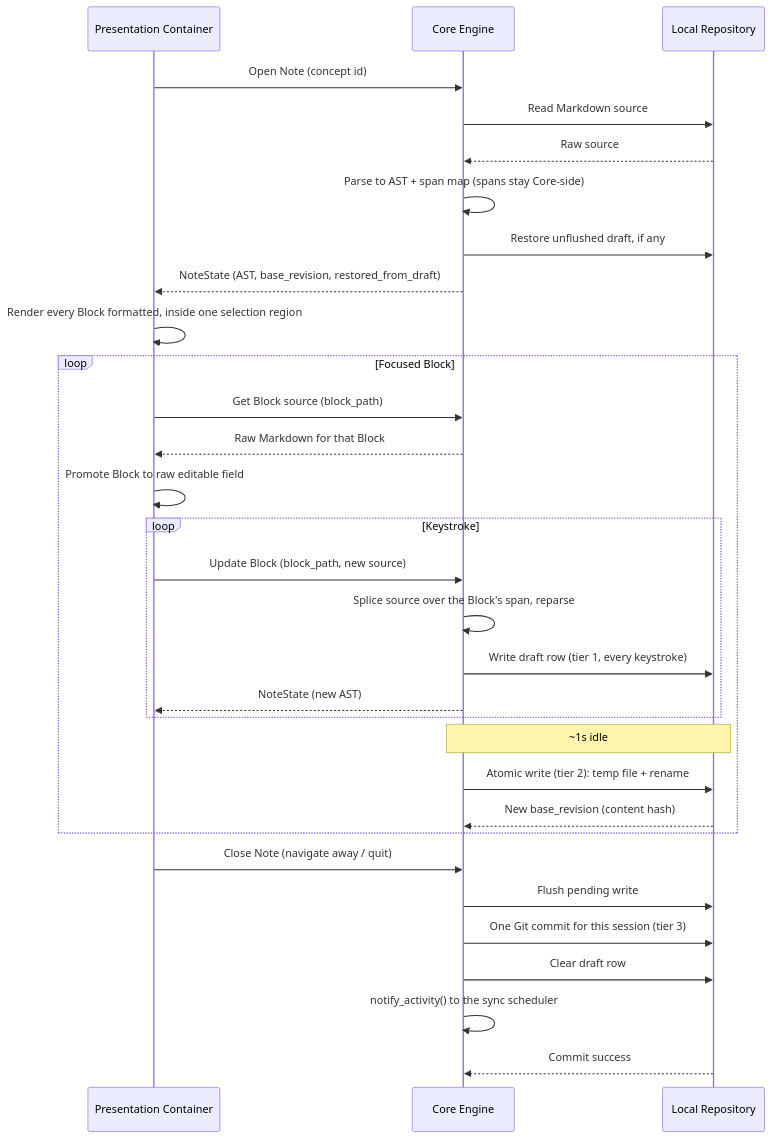
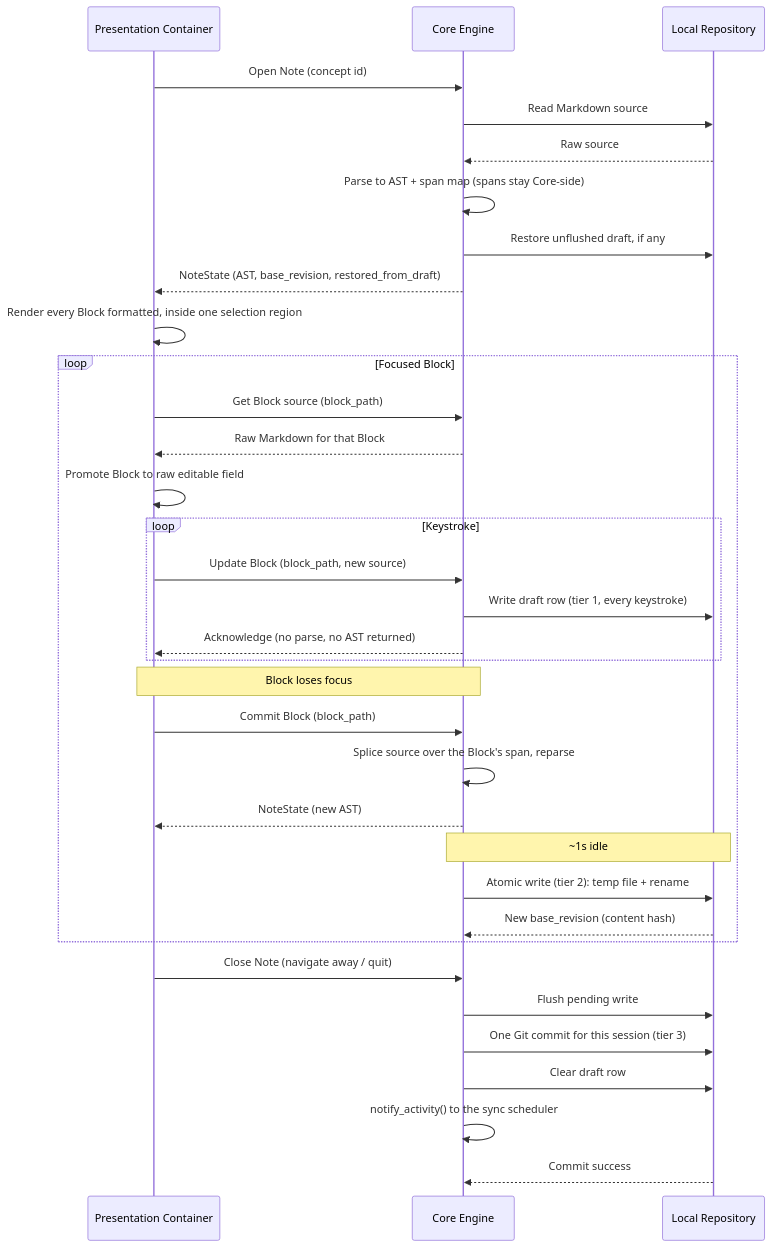
The diagram in .constitution/architecture/flows/flow-edit-note.md (SkrOYC/burlmd), drawn with Mermaid before and after one commit. The commit also changed other lines of this file and 15 other files, not shown here.

First line of the commit message:
Fix review round 1: schema keys, reparse contradiction, scope holes

````diff
--- a/.constitution/architecture/flows/flow-edit-note.md
+++ b/.constitution/architecture/flows/flow-edit-note.md
@@ -5,39 +5,43 @@
 ```mermaid
 sequenceDiagram
     participant UI as Presentation Container
     participant Core as Core Engine
     participant Local as Local Repository
 
     UI->>Core: Open Note (concept id)
     Core->>Local: Read Markdown source
     Local-->>Core: Raw source
     Core->>Core: Parse to AST + span map (spans stay Core-side)
     Core->>Local: Restore unflushed draft, if any
     Core-->>UI: NoteState (AST, base_revision, restored_from_draft)
 
     UI->>UI: Render every Block formatted, inside one selection region
 
     loop Focused Block
         UI->>Core: Get Block source (block_path)
         Core-->>UI: Raw Markdown for that Block
         UI->>UI: Promote Block to raw editable field
 
         loop Keystroke
             UI->>Core: Update Block (block_path, new source)
-            Core->>Core: Splice source over the Block's span, reparse
             Core->>Local: Write draft row (tier 1, every keystroke)
-            Core-->>UI: NoteState (new AST)
+            Core-->>UI: Acknowledge (no parse, no AST returned)
         end
+
+        Note over UI,Core: Block loses focus
+        UI->>Core: Commit Block (block_path)
+        Core->>Core: Splice source over the Block's span, reparse
+        Core-->>UI: NoteState (new AST)
 
         Note over Core,Local: ~1s idle
         Core->>Local: Atomic write (tier 2): temp file + rename
         Local-->>Core: New base_revision (content hash)
     end
 
     UI->>Core: Close Note (navigate away / quit)
     Core->>Local: Flush pending write
     Core->>Local: One Git commit for this session (tier 3)
     Core->>Local: Clear draft row
     Core->>Core: notify_activity() to the sync scheduler
     Local-->>Core: Commit success
 ```
````
